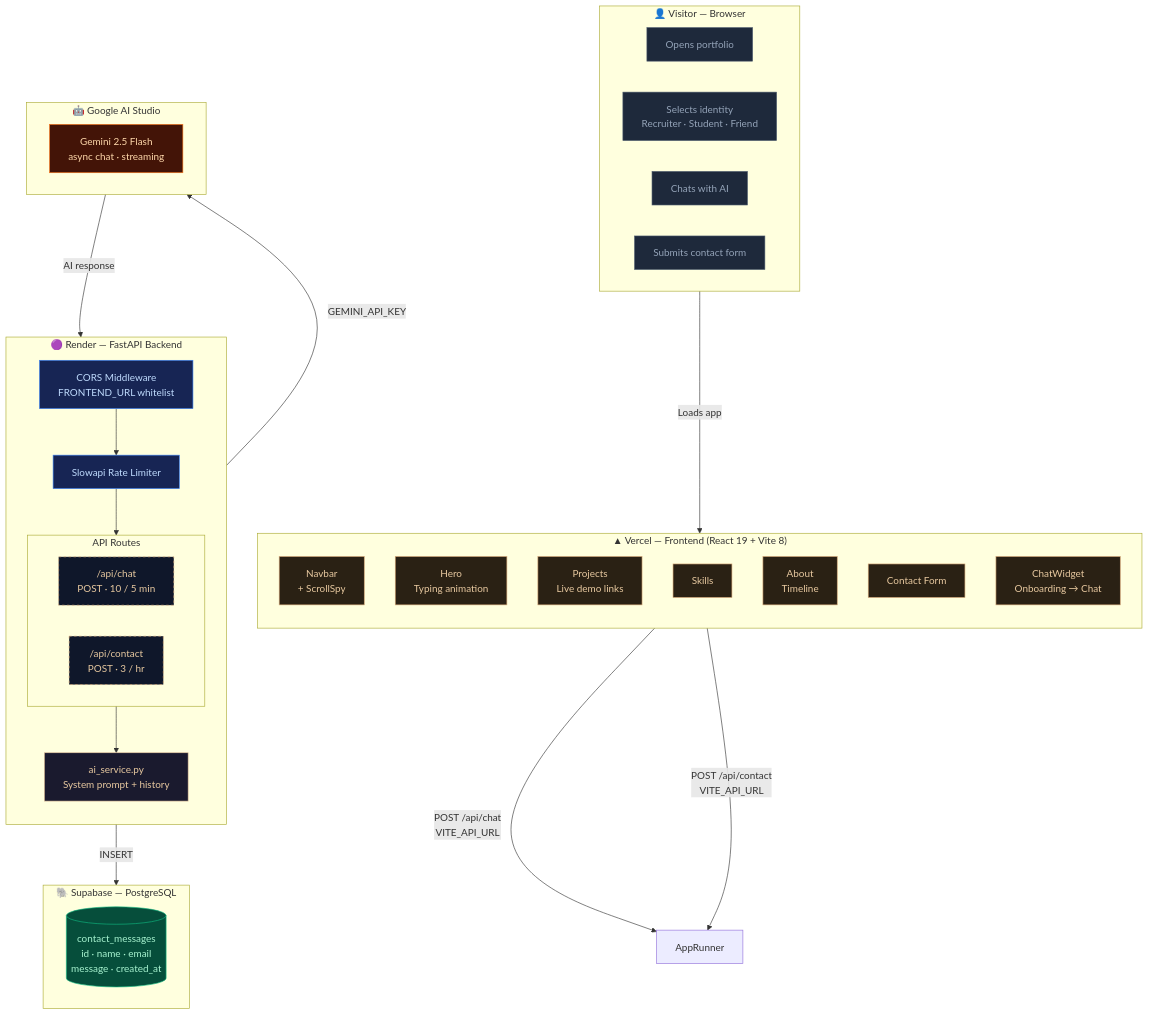
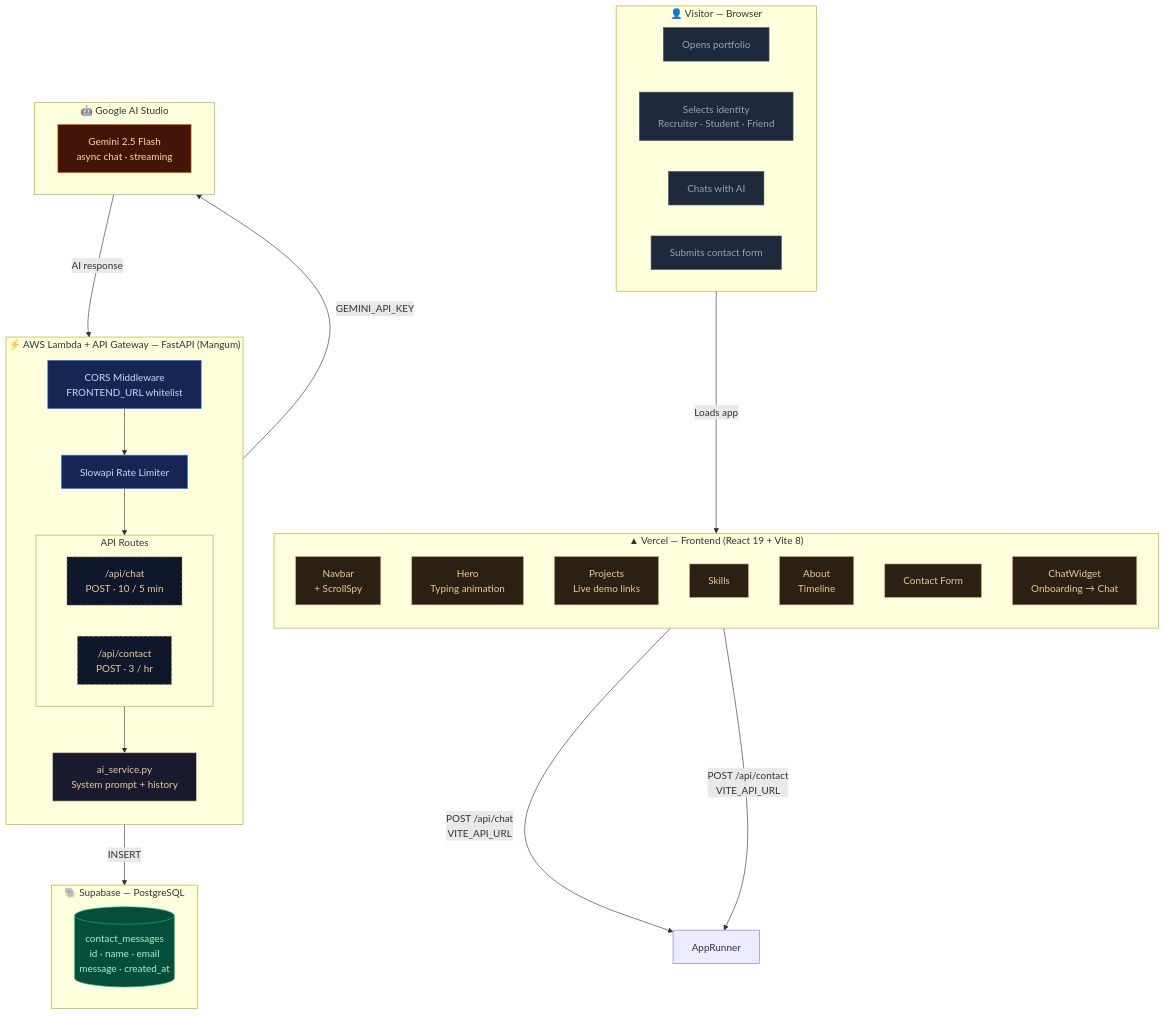
One commit to Qisanxi/Portfolio changed the first of 3 diagrams in README.md. Above: the diagram before and after it, drawn with Mermaid. The commit also changed other lines of this file, not shown here.

First line of the commit message:
docs: switch backend deployment to AWS Lambda + API Gateway

````diff
--- a/README.md
+++ b/README.md
@@ -27,58 +27,58 @@
 ```mermaid
 graph TB
     subgraph Visitor["👤 Visitor — Browser"]
         direction LR
         V1["Opens portfolio"]:::action
         V2["Selects identity\nRecruiter · Student · Friend"]:::action
         V3["Chats with AI"]:::action
         V4["Submits contact form"]:::action
     end
 
     subgraph Vercel["▲ Vercel  —  Frontend  (React 19 + Vite 8)"]
         direction TB
         NAV["Navbar\n+ ScrollSpy"]:::ui
         HERO["Hero\nTyping animation"]:::ui
         PROJ["Projects\nLive demo links"]:::ui
         SKILLS["Skills"]:::ui
         ABOUT["About\nTimeline"]:::ui
         CONTACT["Contact Form"]:::ui
         CW["ChatWidget\nOnboarding → Chat"]:::ui
     end
 
-    subgraph Render["🟣 Render  —  FastAPI Backend"]
+    subgraph Lambda["⚡ AWS Lambda + API Gateway  —  FastAPI (Mangum)"]
         direction TB
         CORS["CORS Middleware\nFRONTEND_URL whitelist"]:::middleware
         RL["Slowapi Rate Limiter"]:::middleware
         subgraph Routes["API Routes"]
             direction LR
             CHAT_RT["/api/chat\nPOST · 10 / 5 min"]:::route
             CONTACT_RT["/api/contact\nPOST · 3 / hr"]:::route
         end
         AI_SVC["ai_service.py\nSystem prompt + history"]:::service
         CORS --> RL --> Routes
         CHAT_RT --> AI_SVC
     end
 
     subgraph Supabase["🐘 Supabase  —  PostgreSQL"]
         DB[("contact_messages\nid · name · email\nmessage · created_at")]:::db
     end
 
     subgraph GoogleAI["🤖 Google AI Studio"]
         GEMINI["Gemini 2.5 Flash\nasync chat · streaming"]:::external
     end
 
     Visitor -->|"Loads app"| Vercel
     CW -->|"POST /api/chat\nVITE_API_URL"| AppRunner
     CONTACT -->|"POST /api/contact\nVITE_API_URL"| AppRunner
     AI_SVC -->|"GEMINI_API_KEY"| GoogleAI
     GoogleAI -->|"AI response"| AI_SVC
     CONTACT_RT -->|"INSERT"| Supabase
 
     classDef ui fill:#2A2114,stroke:#D4A574,color:#E8C9A0
     classDef middleware fill:#172554,stroke:#3b82f6,color:#bfdbfe
     classDef route fill:#0f172a,stroke:#D4A574,color:#E8C9A0,stroke-dasharray:4
     classDef service fill:#1a1a2e,stroke:#E8C9A0,color:#E8C9A0
     classDef db fill:#064e3b,stroke:#10b981,color:#a7f3d0
     classDef external fill:#431407,stroke:#f97316,color:#fed7aa
     classDef action fill:#1e293b,stroke:#475569,color:#94a3b8
 ```
````
